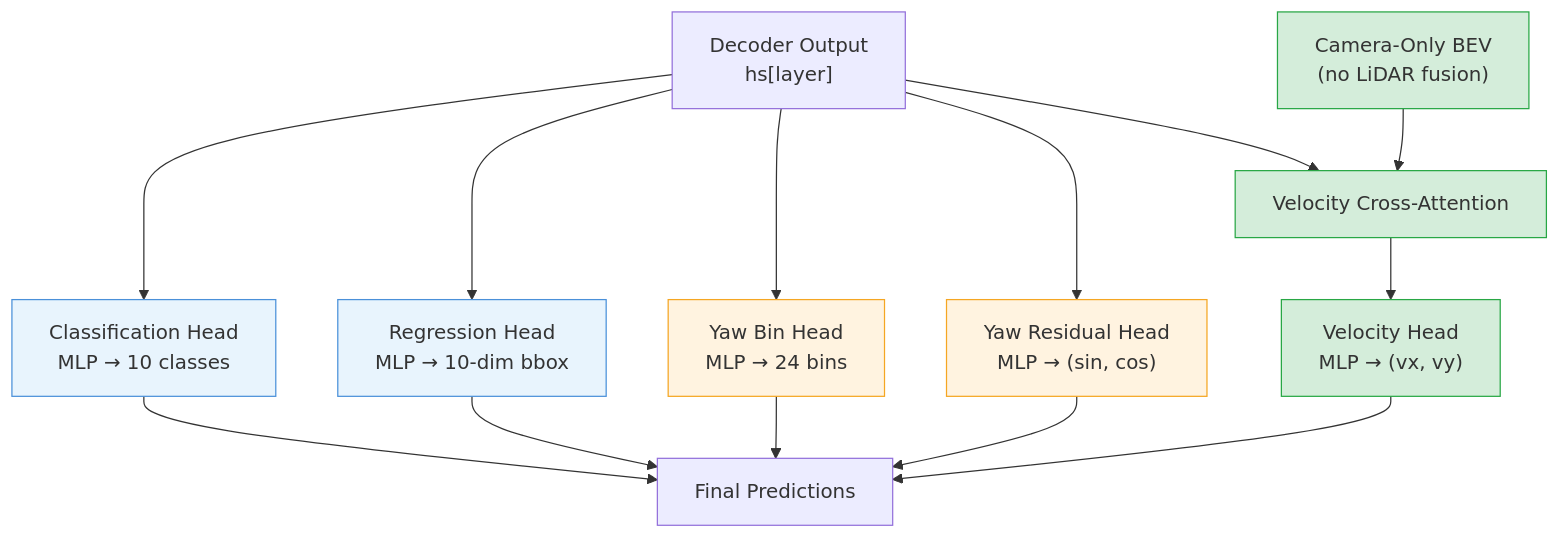
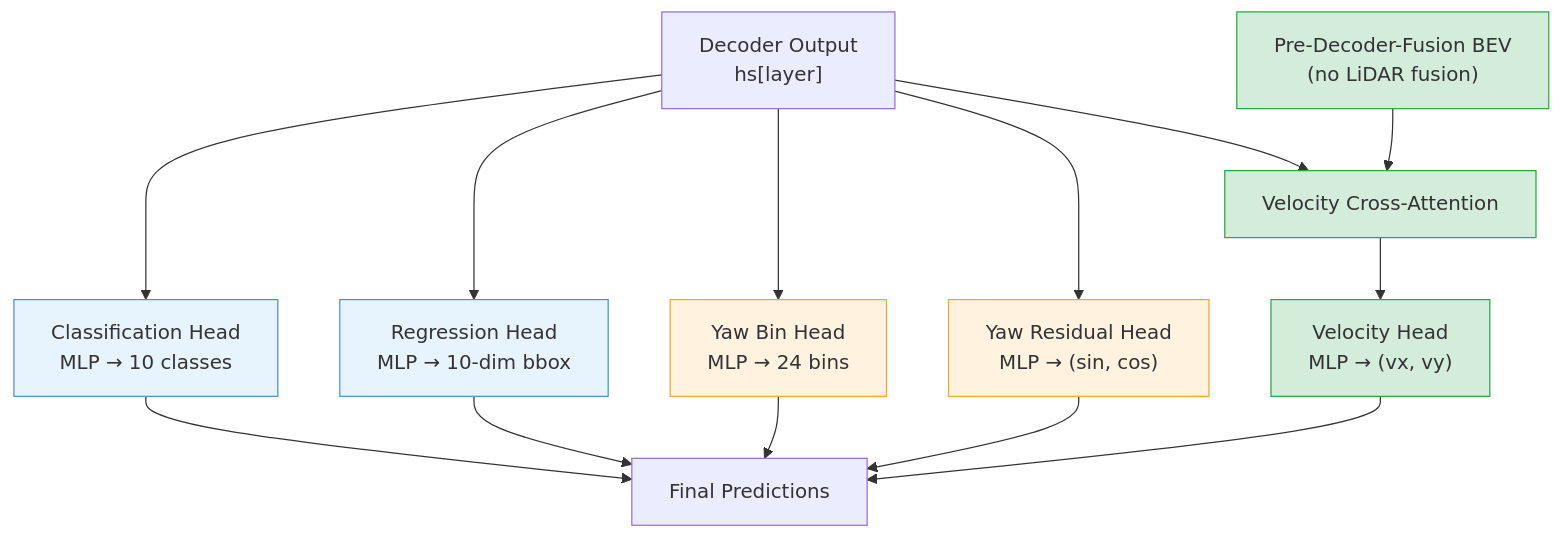
Before and after one commit to xiaotwu/BEVFormerFusion: the first of 4 diagrams in doc/07-detection-heads.md, drawn with Mermaid. The commit also changed other lines of this file and 136 other files, not shown here.

````diff
--- a/doc/07-detection-heads.md
+++ b/doc/07-detection-heads.md
@@ -15,27 +15,27 @@
 ```mermaid
 graph TD
     DEC["Decoder Output<br/>hs[layer]"]
 
     DEC --> CLS["Classification Head<br/>MLP → 10 classes"]
     DEC --> REG["Regression Head<br/>MLP → 10-dim bbox"]
     DEC --> YAW_B["Yaw Bin Head<br/>MLP → 24 bins"]
     DEC --> YAW_R["Yaw Residual Head<br/>MLP → (sin, cos)"]
 
     DEC --> VEL_CA["Velocity Cross-Attention"]
-    CAM_BEV["Camera-Only BEV<br/>(no LiDAR fusion)"] --> VEL_CA
+    CAM_BEV["Pre-Decoder-Fusion BEV<br/>(no LiDAR fusion)"] --> VEL_CA
     VEL_CA --> VEL["Velocity Head<br/>MLP → (vx, vy)"]
 
     CLS --> OUT["Final Predictions"]
     REG --> OUT
     YAW_B --> OUT
     YAW_R --> OUT
     VEL --> OUT
 
     classDef standard fill:#e8f4fd,stroke:#4a90d9
     classDef novel fill:#fff3e0,stroke:#f5a623
     classDef velocity fill:#d4edda,stroke:#28a745
 
     class CLS,REG standard
     class YAW_B,YAW_R novel
     class VEL_CA,VEL,CAM_BEV velocity
 ```
````
